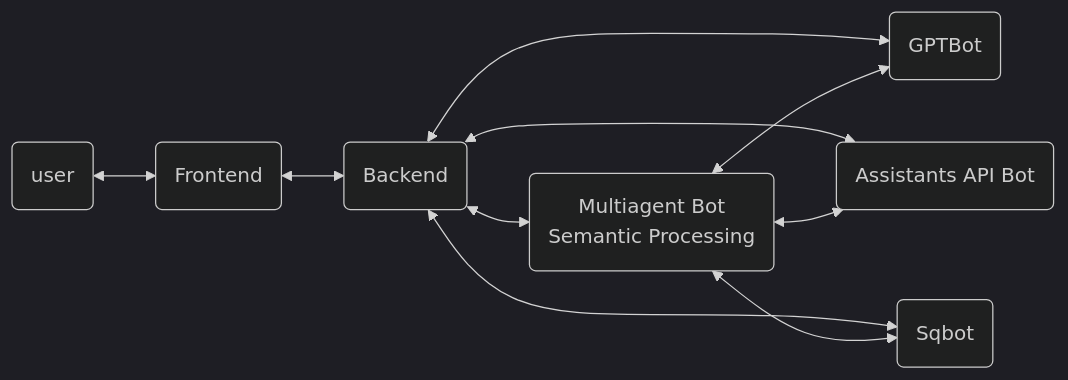
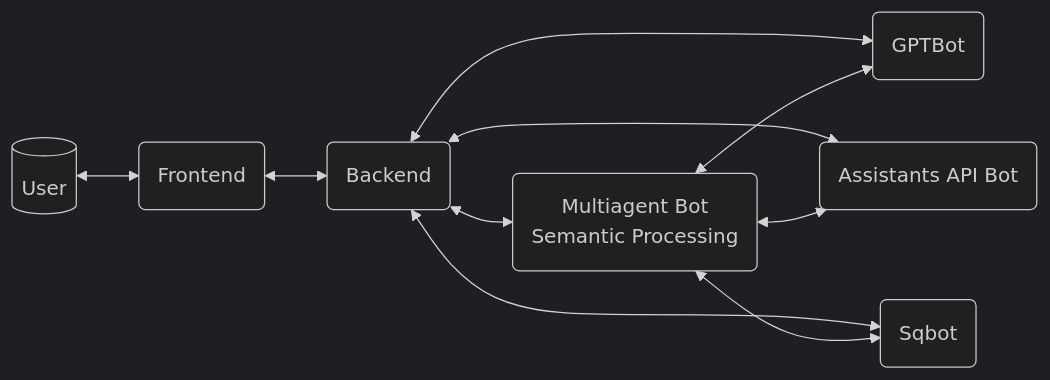
The diagram in README.md (msalemor/adventureworks-viewer-ai), drawn with Mermaid (dark theme) before and after one commit.

````diff
--- a/README.md
+++ b/README.md
@@ -7,12 +7,12 @@
 ```mermaid
 graph LR;
-  A(user)<-->F(Frontend)
+  A[(User)]<-->F(Frontend)
   F<-->B(Backend)
   B<-->O(GPTBot)
   B<-->Asst(Assistants API Bot)
   B<-->SQL(Sqbot)
   B<-->M(Multiagent Bot<br/>Semantic Processing)
   M<-->O
   M<-->SQL
   M<-->Asst
 ```
````
